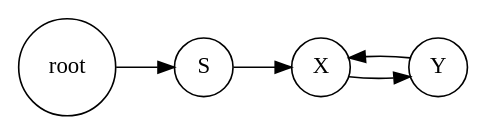
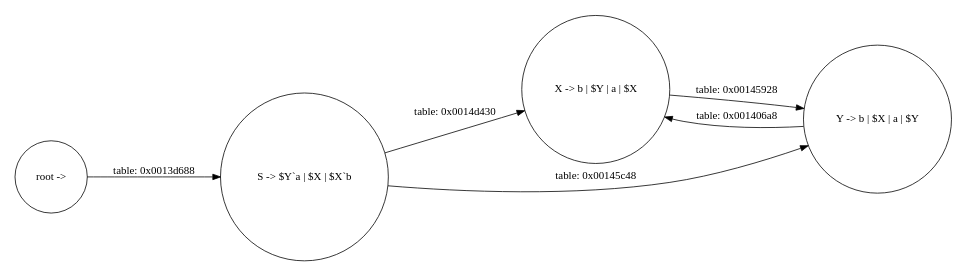
Before and after one commit to leegao/LuaInLua: the diagram in testing/test.dot, drawn with Graphviz. The commit also changed 3 other files, not shown here.

```diff
--- a/testing/test.dot
+++ b/testing/test.dot
@@ -1,13 +1,14 @@
 digraph {
   rankdir=LR;
   size="8,5"
   node[shape=circle,label=""];
-  root[label="root"];
-  X[label="X"];
-  S[label="S"];
-  Y[label="Y"];
-  root -> S[label=""];
-  X -> Y[label=""];
-  S -> X[label=""];
-  Y -> X[label=""];
+  root[label="root -> "];
+  X[label="X -> b | $Y | a | $X"];
+  S[label="S -> $Y`a | $X | $X`b"];
+  Y[label="Y -> b | $X | a | $Y"];
+    root -> S[label="table: 0x0013d688"];
+    X -> Y[label="table: 0x00145928"];
+    S -> Y[label="table: 0x00145c48"];
+    S -> X[label="table: 0x0014d430"];
+    Y -> X[label="table: 0x001406a8"];
 }
```
